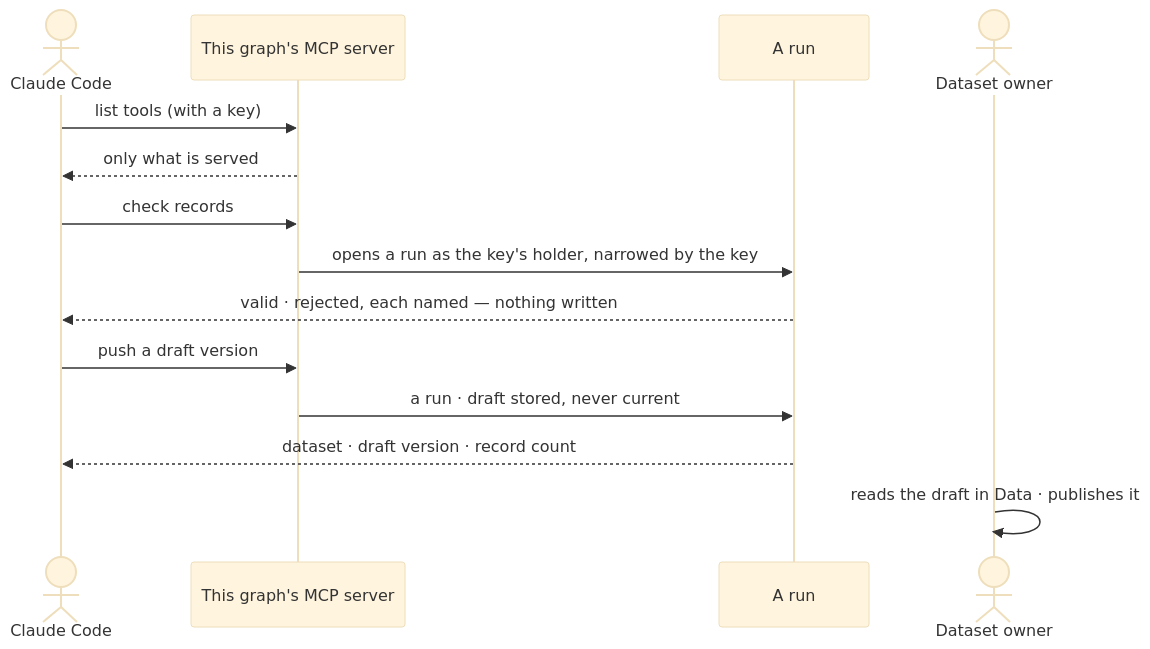
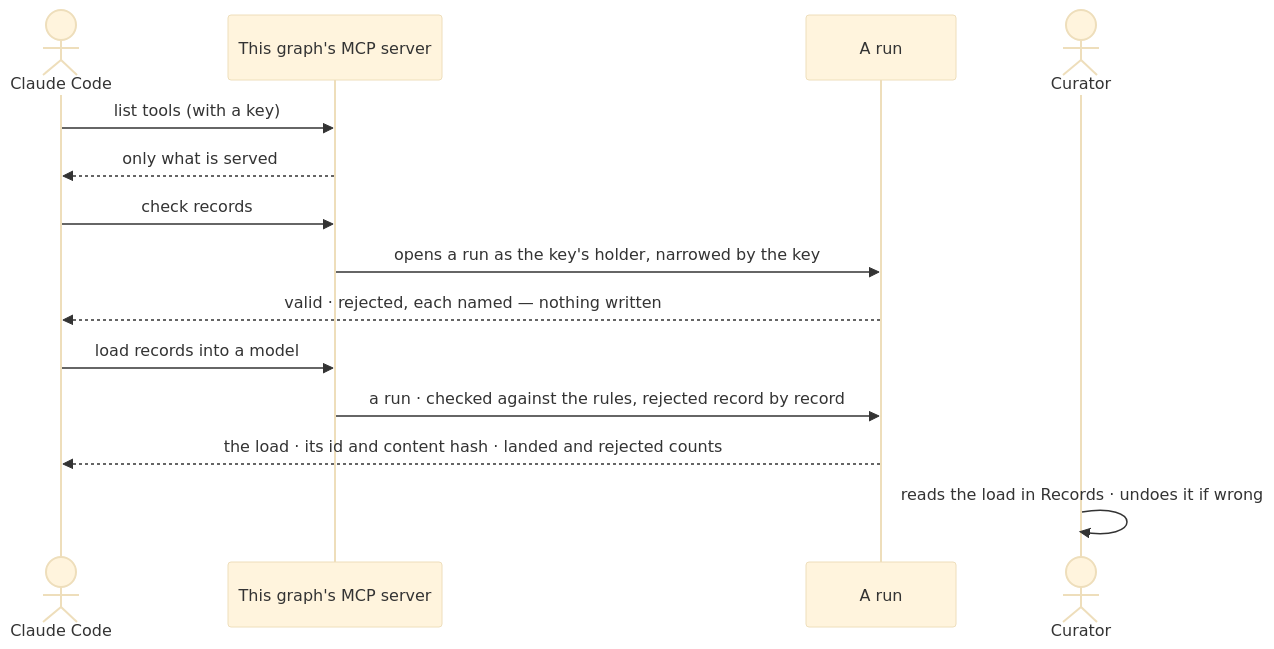
Before and after one commit to invana/invana: the second of 2 diagrams in specs/os/runtime/features/RT-F02-plugins-and-outside-tools/feature.md, drawn with Mermaid (base theme). The commit also changed other lines of this file and 637 other files, not shown here.

````diff
--- a/specs/os/runtime/features/RT-F02-plugins-and-outside-tools/feature.md
+++ b/specs/os/runtime/features/RT-F02-plugins-and-outside-tools/feature.md
@@ -42,16 +48,16 @@
 ```mermaid
 sequenceDiagram
   actor C as Claude Code
   participant E as This graph's MCP server
   participant R as A run
-  actor O as Dataset owner
+  actor O as Curator
   C->>E: list tools (with a key)
   E-->>C: only what is served
   C->>E: check records
   E->>R: opens a run as the key's holder, narrowed by the key
   R-->>C: valid · rejected, each named — nothing written
-  C->>E: push a draft version
-  E->>R: a run · draft stored, never current
-  R-->>C: dataset · draft version · record count
-  O->>O: reads the draft in Data · publishes it
+  C->>E: load records into a model
+  E->>R: a run · checked against the rules, rejected record by record
+  R-->>C: the load · its id and content hash · landed and rejected counts
+  O->>O: reads the load in Records · undoes it if wrong
 ```
````
